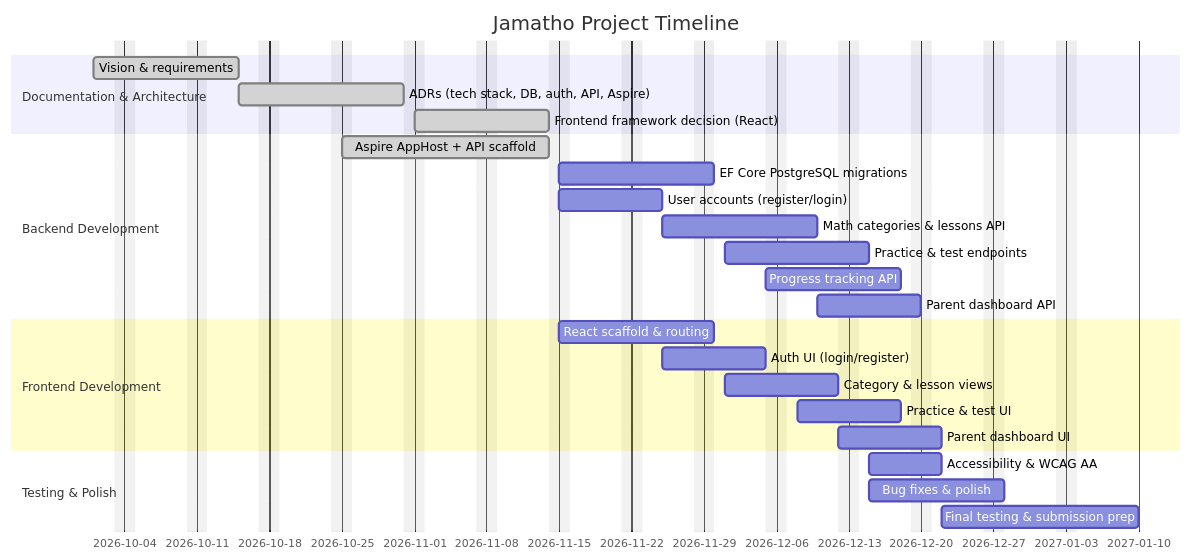
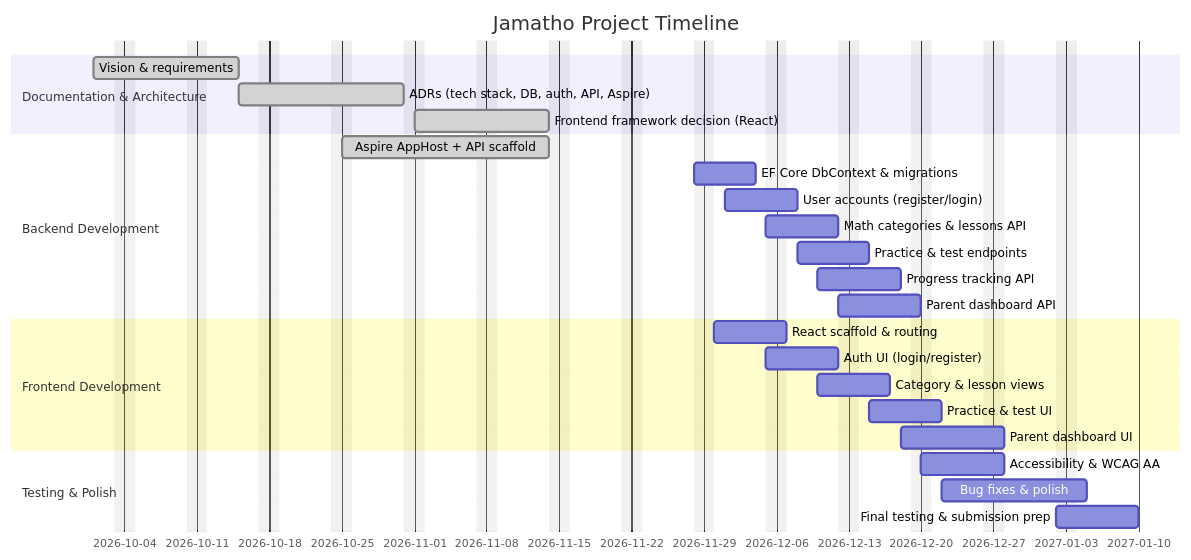
One commit to placuu/Jamatho changed the diagram in docs/PROJECT_TIMELINE.md. Above: the diagram before and after it, drawn with Mermaid. The commit also changed other lines of this file, not shown here.

Commit message:
docs(update): enhance project timeline with current status and updated roadmap

````diff
--- a/docs/PROJECT_TIMELINE.md
+++ b/docs/PROJECT_TIMELINE.md
@@ -9,33 +16,32 @@
 ```mermaid
 gantt
     title Jamatho Project Timeline
     dateFormat  YYYY-MM-DD
     excludes    weekends
-    %% Today: 2026-11-14
 
     section Documentation & Architecture
     Vision & requirements        :done,    doc1, 2026-10-01, 2026-10-15
     ADRs (tech stack, DB, auth, API, Aspire) :done, doc2, 2026-10-15, 2026-10-31
     Frontend framework decision (React) :done, doc3, 2026-11-01, 2026-11-14
 
     section Backend Development
     Aspire AppHost + API scaffold :done,   be1, 2026-10-25, 2026-11-14
-    EF Core PostgreSQL migrations :        be2, 2026-11-15, 2026-11-30
-    User accounts (register/login):        be3, 2026-11-15, 2026-11-25
-    Math categories & lessons API :        be4, 2026-11-25, 2026-12-10
-    Practice & test endpoints     :        be5, 2026-12-01, 2026-12-15
-    Progress tracking API         :        be6, 2026-12-05, 2026-12-18
-    Parent dashboard API          :        be7, 2026-12-10, 2026-12-20
+    EF Core DbContext & migrations :        be2, 2026-11-28, 2026-12-04
+    User accounts (register/login):        be3, 2026-12-01, 2026-12-08
+    Math categories & lessons API :        be4, 2026-12-05, 2026-12-12
+    Practice & test endpoints     :        be5, 2026-12-08, 2026-12-15
+    Progress tracking API         :        be6, 2026-12-10, 2026-12-18
+    Parent dashboard API          :        be7, 2026-12-12, 2026-12-20
 
     section Frontend Development
-    React scaffold & routing      :        fe1, 2026-11-15, 2026-11-30
-    Auth UI (login/register)      :        fe2, 2026-11-25, 2026-12-05
-    Category & lesson views       :        fe3, 2026-12-01, 2026-12-12
-    Practice & test UI            :        fe4, 2026-12-08, 2026-12-18
-    Parent dashboard UI           :        fe5, 2026-12-12, 2026-12-22
+    React scaffold & routing      :        fe1, 2026-11-30, 2026-12-07
+    Auth UI (login/register)      :        fe2, 2026-12-05, 2026-12-12
+    Category & lesson views       :        fe3, 2026-12-10, 2026-12-17
+    Practice & test UI            :        fe4, 2026-12-15, 2026-12-22
+    Parent dashboard UI           :        fe5, 2026-12-18, 2026-12-28
 
     section Testing & Polish
-    Accessibility & WCAG AA       :        test1, 2026-12-15, 2026-12-22
-    Bug fixes & polish            :        test2, 2026-12-15, 2026-12-28
-    Final testing & submission prep:        test3, 2026-12-22, 2027-01-10
+    Accessibility & WCAG AA       :        test1, 2026-12-20, 2026-12-28
+    Bug fixes & polish            :        test2, 2026-12-22, 2027-01-05
+    Final testing & submission prep:        test3, 2027-01-02, 2027-01-10
 ```
````
